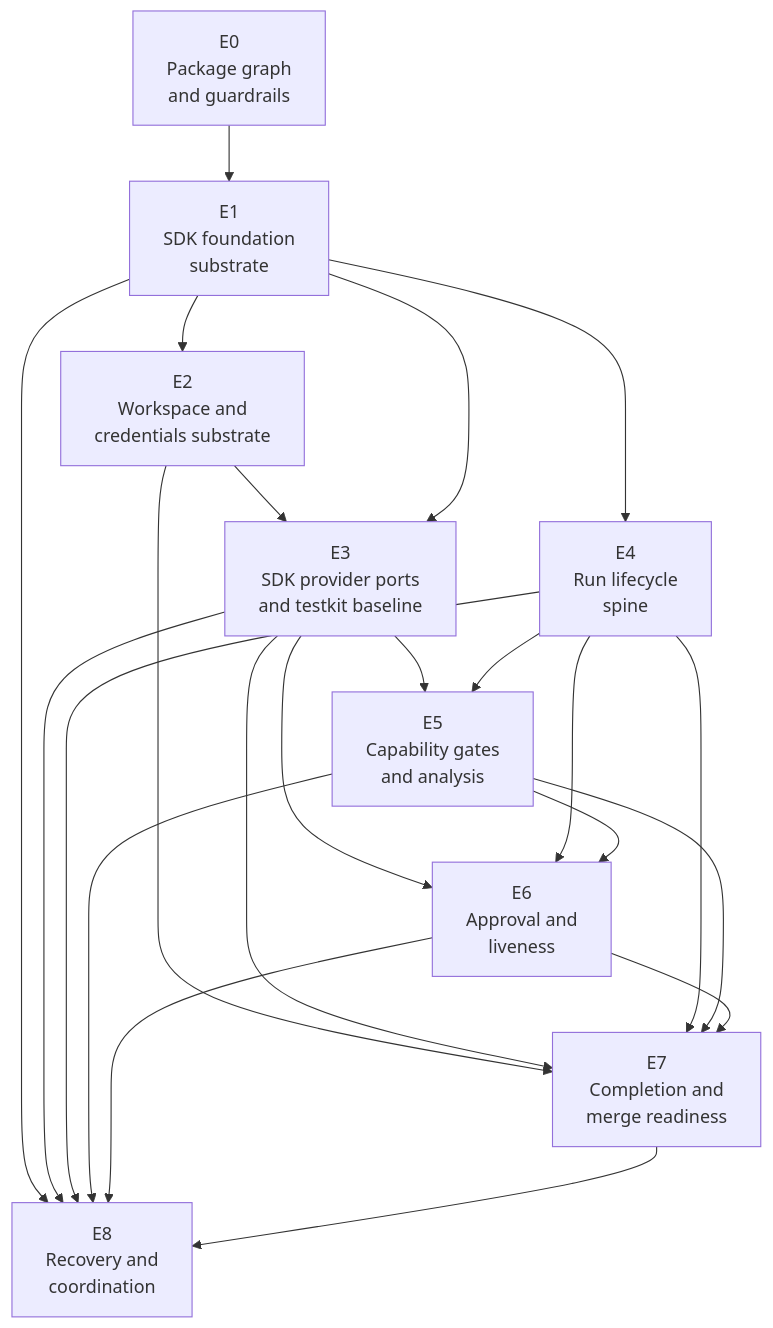
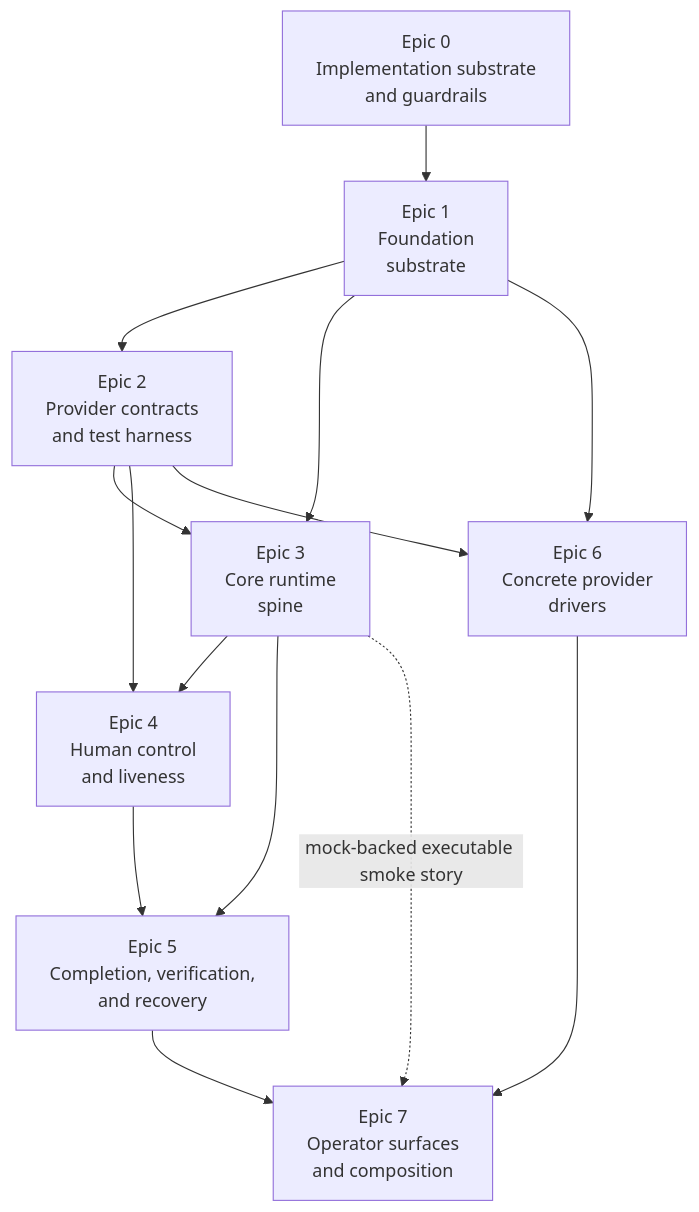
Before and after one commit to aryeko/agentic-workflow-kit: the first of 2 diagrams in docs/implementation/epic-dag.md, drawn with Mermaid. The commit also changed other lines of this file and 1 other file, not shown here.

Commit message:
docs: raise epic dag to milestones

````diff
--- a/docs/implementation/epic-dag.md
+++ b/docs/implementation/epic-dag.md
@@ -82,34 +70,25 @@
 ```mermaid
 flowchart TB
-  E0["E0<br/>Package graph<br/>and guardrails"]
-  E1["E1<br/>SDK foundation<br/>substrate"]
-  E2["E2<br/>Workspace and<br/>credentials substrate"]
-  E3["E3<br/>SDK provider ports<br/>and testkit baseline"]
-  E4["E4<br/>Run lifecycle<br/>spine"]
-  E5["E5<br/>Capability gates<br/>and analysis"]
-  E6["E6<br/>Approval and<br/>liveness"]
-  E7["E7<br/>Completion and<br/>merge readiness"]
-  E8["E8<br/>Recovery and<br/>coordination"]
+  EP0["Epic 0<br/>Implementation substrate<br/>and guardrails"]
+  EP1["Epic 1<br/>Foundation<br/>substrate"]
+  EP2["Epic 2<br/>Provider contracts<br/>and test harness"]
+  EP3["Epic 3<br/>Core runtime<br/>spine"]
+  EP4["Epic 4<br/>Human control<br/>and liveness"]
+  EP5["Epic 5<br/>Completion, verification,<br/>and recovery"]
+  EP6["Epic 6<br/>Concrete provider<br/>drivers"]
+  EP7["Epic 7<br/>Operator surfaces<br/>and composition"]
 
-  E0 --> E1
-  E1 --> E2
-  E1 --> E4
-  E2 --> E3
-  E1 --> E3
-  E3 --> E5
-  E4 --> E5
-  E3 --> E6
-  E4 --> E6
-  E5 --> E6
-  E2 --> E7
-  E3 --> E7
-  E4 --> E7
-  E5 --> E7
-  E6 --> E7
-  E1 --> E8
-  E3 --> E8
-  E4 --> E8
-  E5 --> E8
-  E6 --> E8
-  E7 --> E8
+  EP0 --> EP1
+  EP1 --> EP2
+  EP1 --> EP3
+  EP2 --> EP3
+  EP2 --> EP4
+  EP3 --> EP4
+  EP3 --> EP5
+  EP4 --> EP5
+  EP1 --> EP6
+  EP2 --> EP6
+  EP5 --> EP7
+  EP6 --> EP7
+  EP3 -. "mock-backed executable smoke story" .-> EP7
 ```
````
